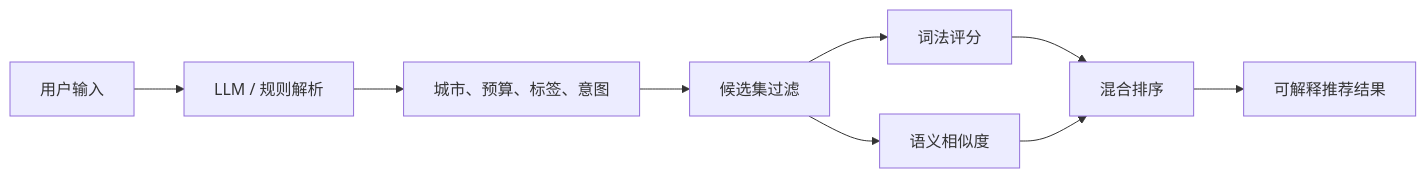
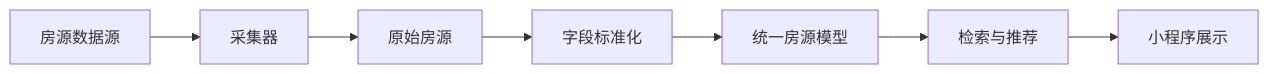
Before and after one commit to zzz34243/rental-mini-program: the second of 2 diagrams in README.md, drawn with Mermaid. The commit also changed other lines of this file, not shown here.

````diff
--- a/README.md
+++ b/README.md
@@ -58,11 +106,9 @@
 ```mermaid
 flowchart LR
-    A["用户输入"] --> B["LLM / 规则解析"]
-    B --> C["城市、预算、标签、意图"]
-    C --> D["候选集过滤"]
-    D --> E["词法评分"]
-    D --> F["语义相似度"]
-    E --> G["混合排序"]
-    F --> G
-    G --> H["可解释推荐结果"]
+    A["房源数据源"] --> B["采集器"]
+    B --> C["原始房源"]
+    C --> D["字段标准化"]
+    D --> E["统一房源模型"]
+    E --> F["检索与推荐"]
+    F --> G["小程序展示"]
 ```
````
